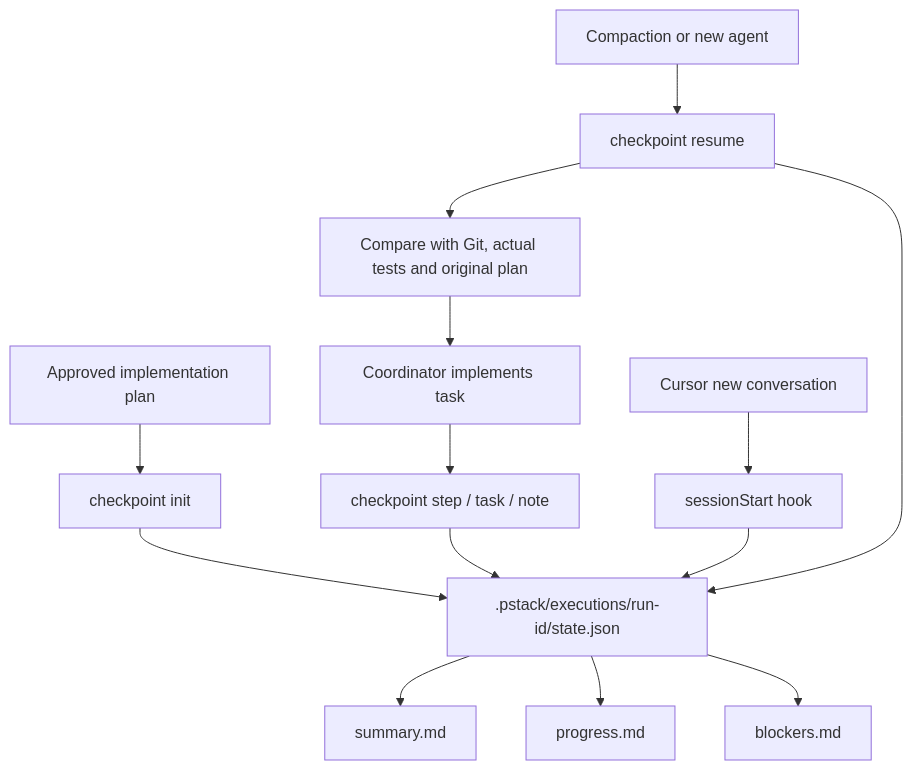
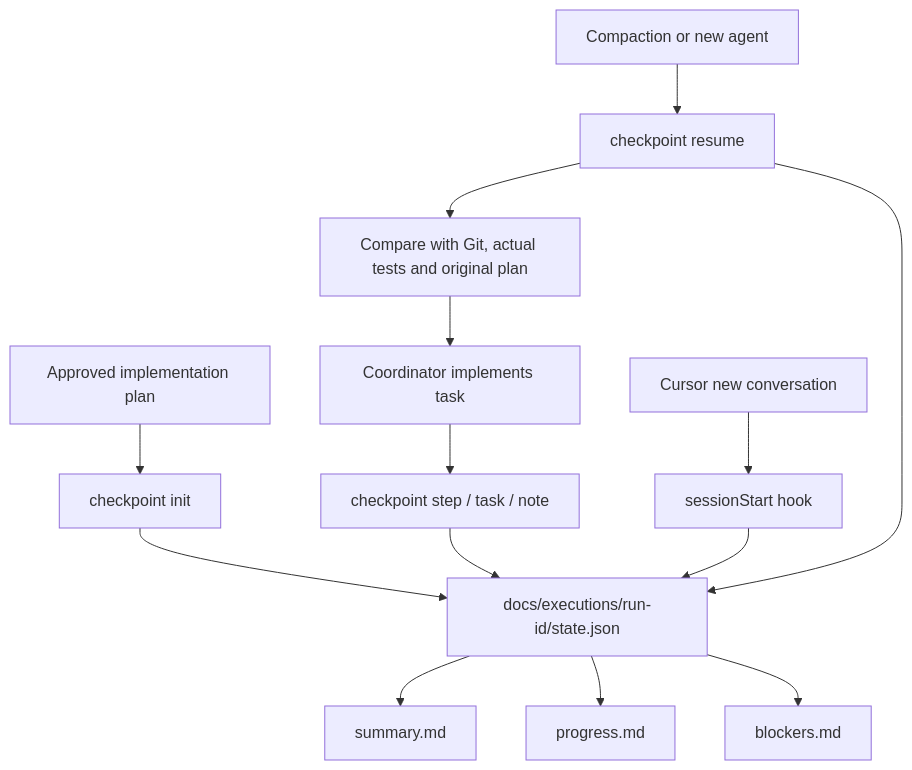
Before and after one commit to aditya11201/pstack: the diagram in docs/harness/execution-checkpoint.md, drawn with Mermaid. The commit also changed other lines of this file, not shown here.

````diff
--- a/docs/harness/execution-checkpoint.md
+++ b/docs/harness/execution-checkpoint.md
@@ -31,16 +31,16 @@
 ```mermaid
 flowchart TD
   A[Approved implementation plan] --> B[checkpoint init]
-  B --> C[.pstack/executions/run-id/state.json]
+  B --> C[docs/executions/run-id/state.json]
   D[Coordinator implements task] --> E[checkpoint step / task / note]
   E --> C
   C --> F[summary.md]
   C --> G[progress.md]
   C --> H[blockers.md]
   I[Cursor new conversation] --> J[sessionStart hook]
   J --> C
   K[Compaction or new agent] --> L[checkpoint resume]
   L --> C
   L --> M[Compare with Git, actual tests and original plan]
   M --> D
 ```
````
